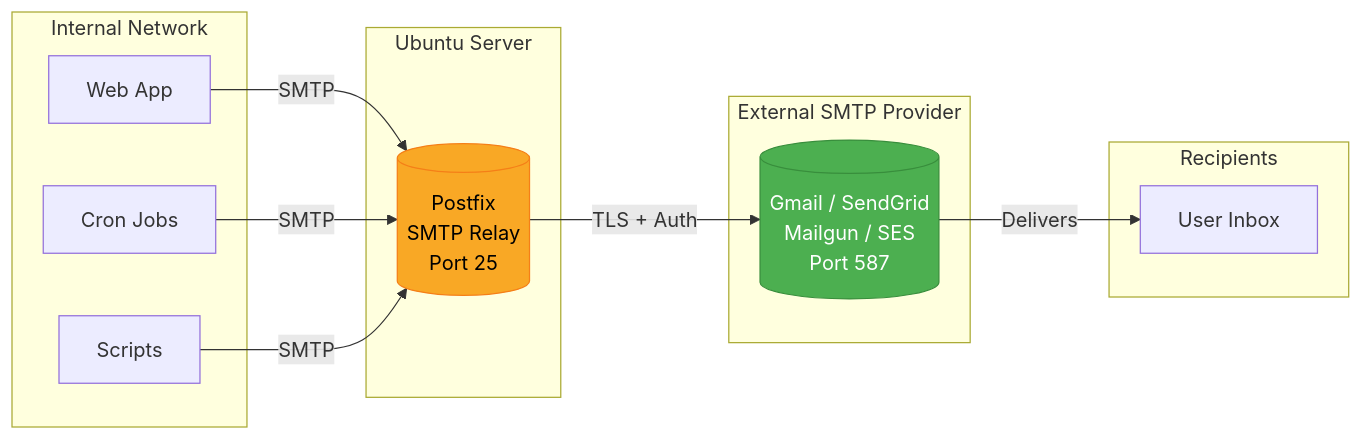
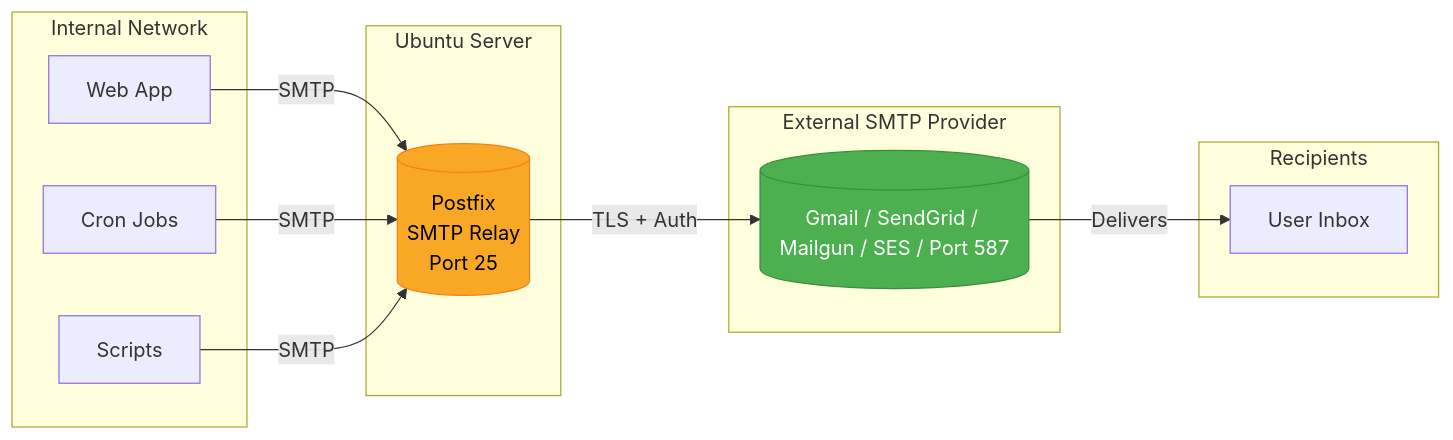
Before and after one commit to Buddhika-Kuruppu/postfix-smtp-relay: the first of 4 diagrams in README.md, drawn with Mermaid.

Commit message:
Update SMTP provider list in README

````diff
--- a/README.md
+++ b/README.md
@@ -7,29 +7,29 @@
 ```mermaid
 flowchart LR
     subgraph Internal["Internal Network"]
         A[Web App]
         B[Cron Jobs]
         C[Scripts]
     end
 
     subgraph Server["Ubuntu Server"]
         D[("Postfix\nSMTP Relay\nPort 25")]
     end
 
     subgraph External["External SMTP Provider"]
-        E[("Gmail / SendGrid\nMailgun / SES\nPort 587")]
+        E[("Gmail / SendGrid / Mailgun / SES / Port 587")]
     end
 
     subgraph Recipients["Recipients"]
         F[User Inbox]
     end
 
     A -->|SMTP| D
     B -->|SMTP| D
     C -->|SMTP| D
     D -->|TLS + Auth| E
     E -->|Delivers| F
 
     style D fill:#f9a825,stroke:#f57f17,color:#000
     style E fill:#4caf50,stroke:#388e3c,color:#fff
 ```
````
